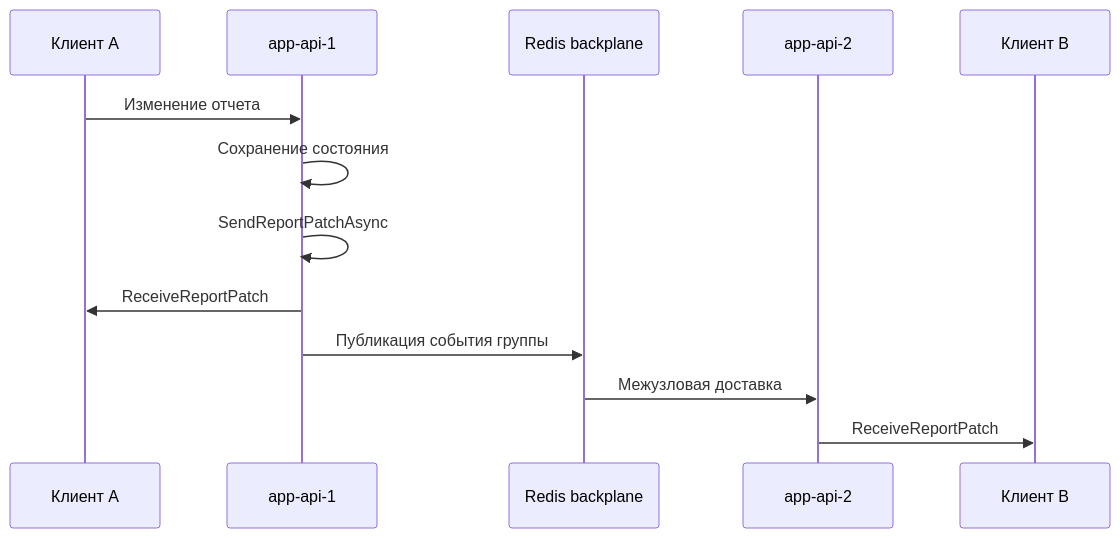
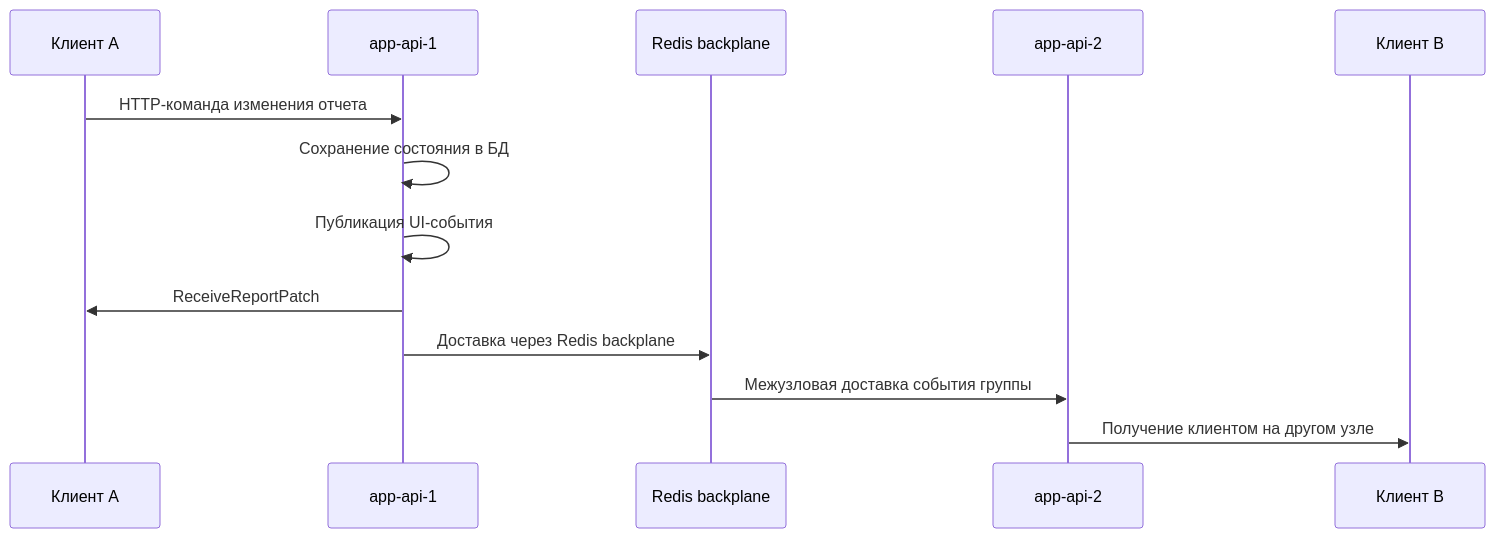
Before and after one commit to gently-whitesnow/final-qualifying-work: the fourth of 4 diagrams in materials/04-docx/vkr-draft-content.md, drawn with Mermaid. The commit also changed other lines of this file and 55 other files, not shown here.

````diff
--- a/materials/04-docx/vkr-draft-content.md
+++ b/materials/04-docx/vkr-draft-content.md
@@ -195,16 +216,16 @@
 ```mermaid
 sequenceDiagram
     participant ClientA as Клиент A
     participant Api1 as app-api-1
     participant Redis as Redis backplane
     participant Api2 as app-api-2
     participant ClientB as Клиент B
 
-    ClientA->>Api1: Изменение отчета
-    Api1->>Api1: Сохранение состояния
-    Api1->>Api1: SendReportPatchAsync
+    ClientA->>Api1: HTTP-команда изменения отчета
+    Api1->>Api1: Сохранение состояния в БД
+    Api1->>Api1: Публикация UI-события
     Api1->>ClientA: ReceiveReportPatch
-    Api1->>Redis: Публикация события группы
-    Redis->>Api2: Межузловая доставка
-    Api2->>ClientB: ReceiveReportPatch
+    Api1->>Redis: Доставка через Redis backplane
+    Redis->>Api2: Межузловая доставка события группы
+    Api2->>ClientB: Получение клиентом на другом узле
 ```
````
